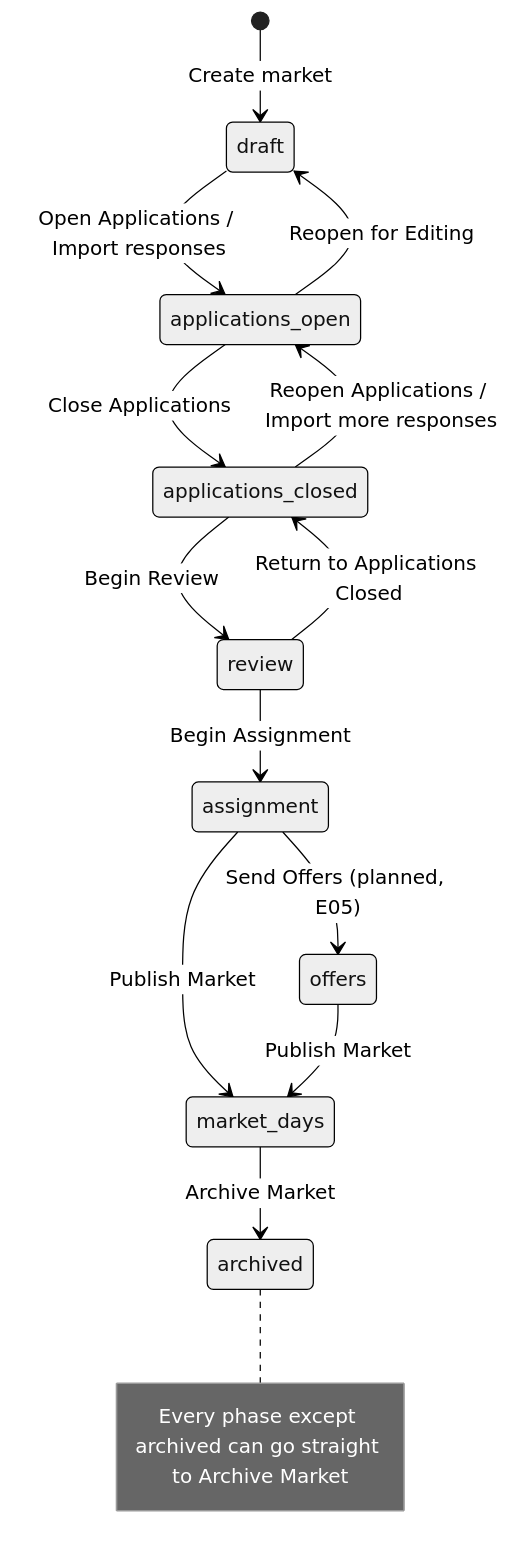
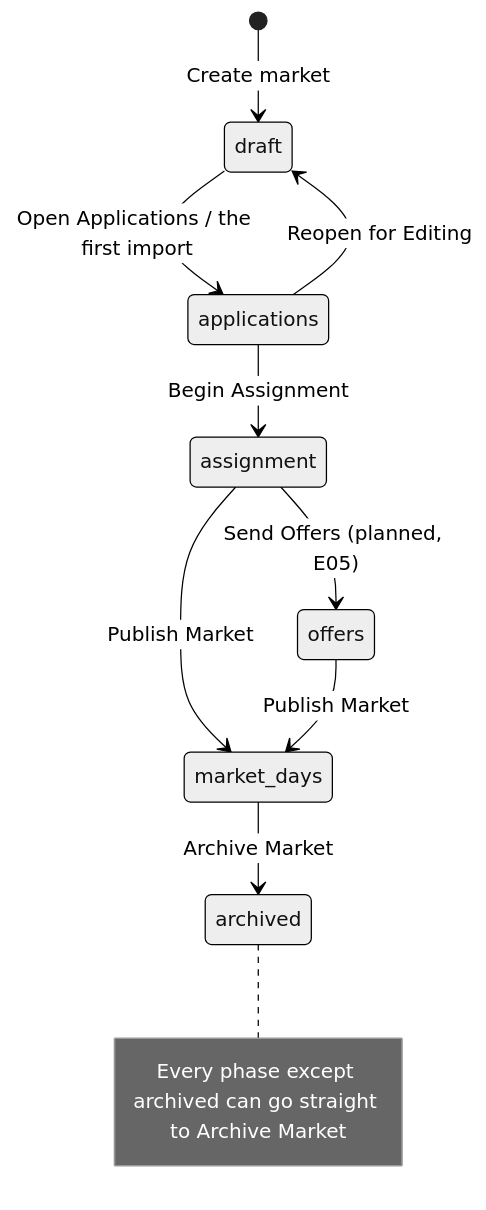
One commit to chanjdaniel/Conventioner changed the diagram in docs/business/flows/lifecycle.md. Above: the diagram before and after it, drawn with Mermaid (neutral theme). The commit also changed other lines of this file and 43 other files, not shown here.

First line of the commit message:
docs: one stage for applications and review

````diff
--- a/docs/business/flows/lifecycle.md
+++ b/docs/business/flows/lifecycle.md
@@ -47,16 +49,12 @@
 ```mermaid
 stateDiagram-v2
     [*] --> draft : Create market
-    draft --> applications_open : Open Applications / Import responses
-    applications_open --> draft : Reopen for Editing
-    applications_open --> applications_closed : Close Applications
-    applications_closed --> applications_open : Reopen Applications / Import more responses
-    applications_closed --> review : Begin Review
-    review --> applications_closed : Return to Applications Closed
-    review --> assignment : Begin Assignment
+    draft --> applications : Open Applications / the first import
+    applications --> draft : Reopen for Editing
+    applications --> assignment : Begin Assignment
     assignment --> market_days : Publish Market
     assignment --> offers : Send Offers (planned, E05)
     offers --> market_days : Publish Market
     market_days --> archived : Archive Market
     note right of archived : Every phase except archived can go straight to Archive Market
 ```
````
